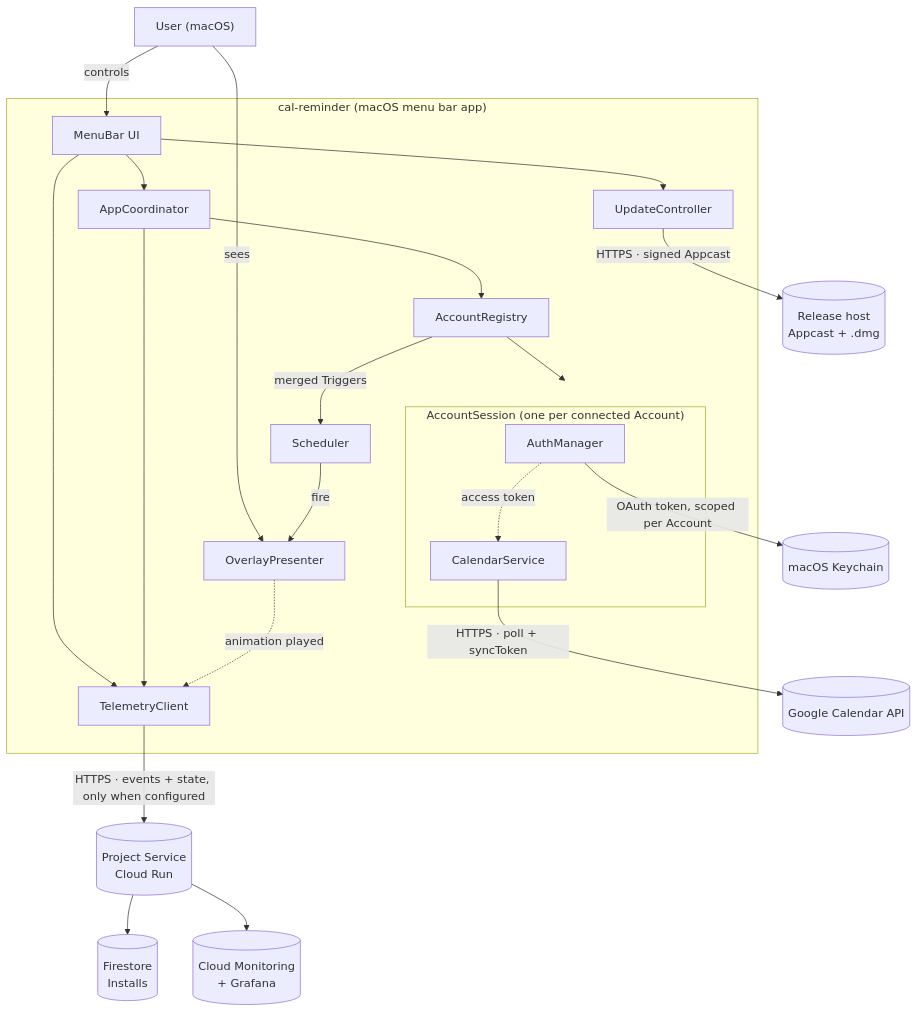
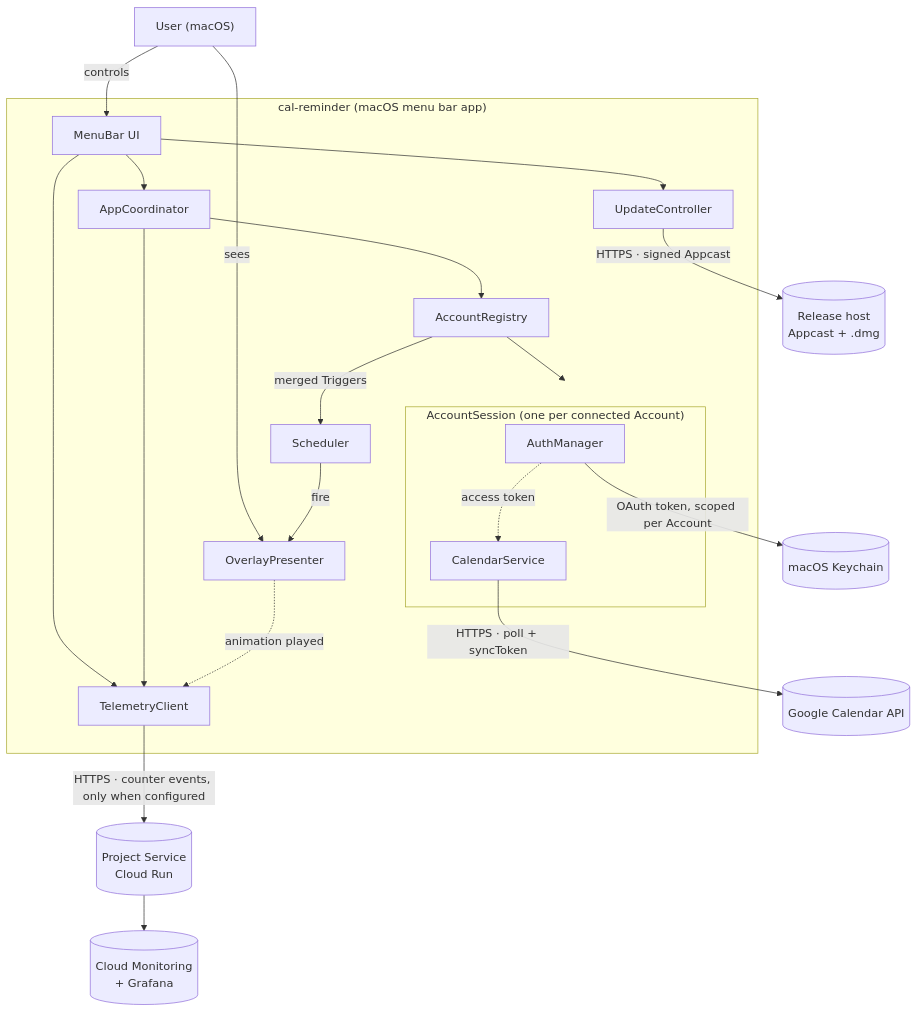
Before and after one commit to silvioubaldino/cal-reminder: the diagram in docs/architecture.md, drawn with Mermaid. The commit also changed other lines of this file and 8 other files, not shown here.

````diff
--- a/docs/architecture.md
+++ b/docs/architecture.md
@@ -20,44 +20,42 @@
 ```mermaid
 flowchart TB
     user["User (macOS)"]
 
     subgraph app["cal-reminder (macOS menu bar app)"]
         ui["MenuBar UI"]
         coord["AppCoordinator"]
         reg["AccountRegistry"]
         subgraph session["AccountSession (one per connected Account)"]
             auth["AuthManager"]
             cal["CalendarService"]
         end
         sched["Scheduler"]
         overlay["OverlayPresenter"]
         upd["UpdateController"]
         tel["TelemetryClient"]
     end
 
     gcal[("Google Calendar API")]
     keychain[("macOS Keychain")]
     rel[("Release host<br/>Appcast + .dmg")]
     svc[("Project Service<br/>Cloud Run")]
-    fs[("Firestore<br/>Installs")]
     mon[("Cloud Monitoring<br/>+ Grafana")]
 
     user -->|controls| ui
     user -->|sees| overlay
     ui --> coord
     coord --> reg
     reg --> session
     auth -->|OAuth token, scoped per Account| keychain
     cal -->|HTTPS · poll + syncToken| gcal
     reg -->|merged Triggers| sched
     sched -->|fire| overlay
     auth -.->|access token| cal
     ui --> upd
     upd -->|HTTPS · signed Appcast| rel
     ui --> tel
     coord --> tel
     overlay -.->|animation played| tel
-    tel -->|HTTPS · events + state, only when configured| svc
-    svc --> fs
+    tel -->|HTTPS · counter events, only when configured| svc
     svc --> mon
 ```
````
